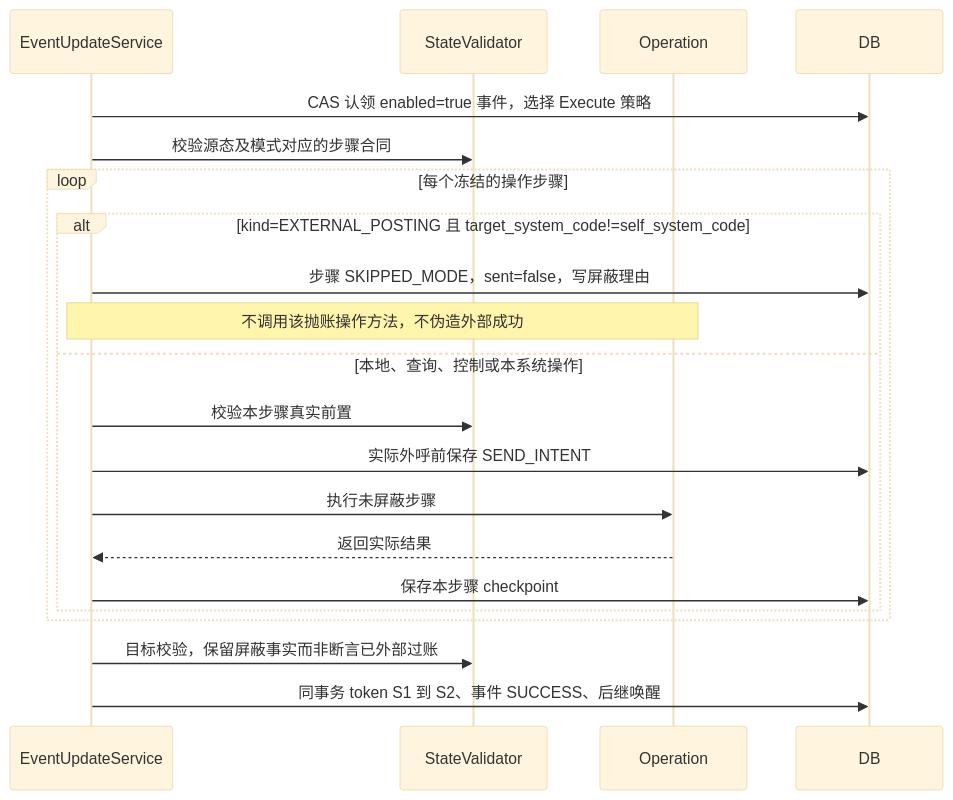
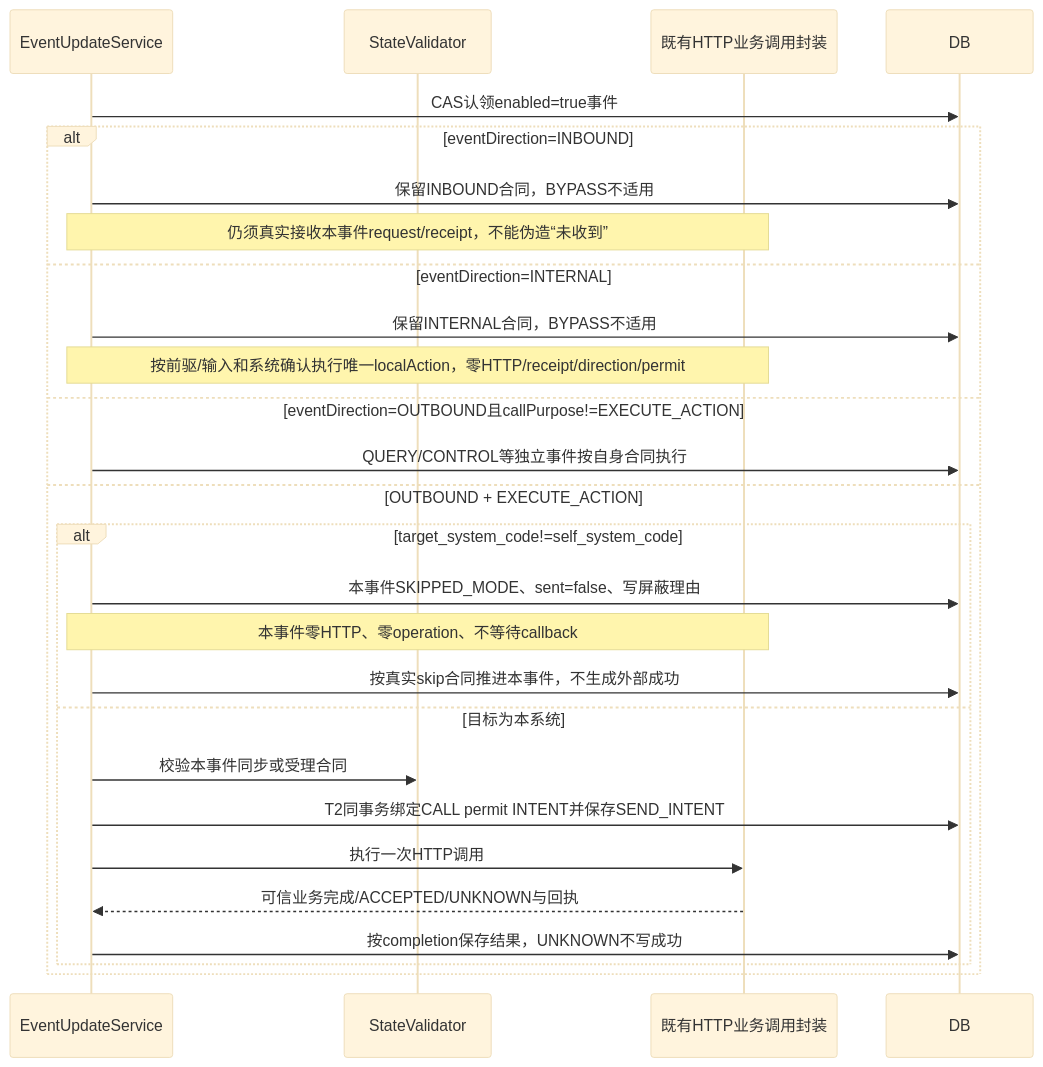
The sixth of 36 diagrams in docs/plan-event-state-machine-sequences.md (Yohmien/innolux-iws), drawn with Mermaid (base theme) before and after one commit. The commit also changed other lines of this file and 3 other files, not shown here.

````diff
--- a/docs/plan-event-state-machine-sequences.md
+++ b/docs/plan-event-state-machine-sequences.md
@@ -183,23 +334,29 @@
 ```mermaid
 sequenceDiagram
   participant E as EventUpdateService
   participant V as StateValidator
-  participant O as Operation
+  participant O as 既有HTTP业务调用封装
   participant D as DB
-  E->>D: CAS 认领 enabled=true 事件，选择 Execute 策略
-  E->>V: 校验源态及模式对应的步骤合同
-  loop 每个冻结的操作步骤
-    alt kind=EXTERNAL_POSTING 且 target_system_code!=self_system_code
-      E->>D: 步骤 SKIPPED_MODE，sent=false，写屏蔽理由
-      Note over E,O: 不调用该抛账操作方法，不伪造外部成功
-    else 本地、查询、控制或本系统操作
-      E->>V: 校验本步骤真实前置
-      E->>D: 实际外呼前保存 SEND_INTENT
-      E->>O: 执行未屏蔽步骤
-      O-->>E: 返回实际结果
-      E->>D: 保存本步骤 checkpoint
+  E->>D: CAS认领enabled=true事件
+  alt eventDirection=INBOUND
+    E->>D: 保留INBOUND合同，BYPASS不适用
+    Note over E,O: 仍须真实接收本事件request/receipt，不能伪造“未收到”
+  else eventDirection=INTERNAL
+    E->>D: 保留INTERNAL合同，BYPASS不适用
+    Note over E,O: 按前驱/输入和系统确认执行唯一localAction，零HTTP/receipt/direction/permit
+  else eventDirection=OUTBOUND且callPurpose!=EXECUTE_ACTION
+    E->>D: QUERY/CONTROL等独立事件按自身合同执行
+  else OUTBOUND + EXECUTE_ACTION
+    alt target_system_code!=self_system_code
+      E->>D: 本事件SKIPPED_MODE、sent=false、写屏蔽理由
+      Note over E,O: 本事件零HTTP、零operation、不等待callback
+      E->>D: 按真实skip合同推进本事件，不生成外部成功
+    else 目标为本系统
+      E->>V: 校验本事件同步或受理合同
+      E->>D: T2同事务绑定CALL permit INTENT并保存SEND_INTENT
+      E->>O: 执行一次HTTP调用
+      O-->>E: 可信业务完成/ACCEPTED/UNKNOWN与回执
+      E->>D: 按completion保存结果，UNKNOWN不写成功
     end
   end
-  E->>V: 目标校验，保留屏蔽事实而非断言已外部过账
-  E->>D: 同事务 token S1 到 S2、事件 SUCCESS、后继唤醒
 ```
````
